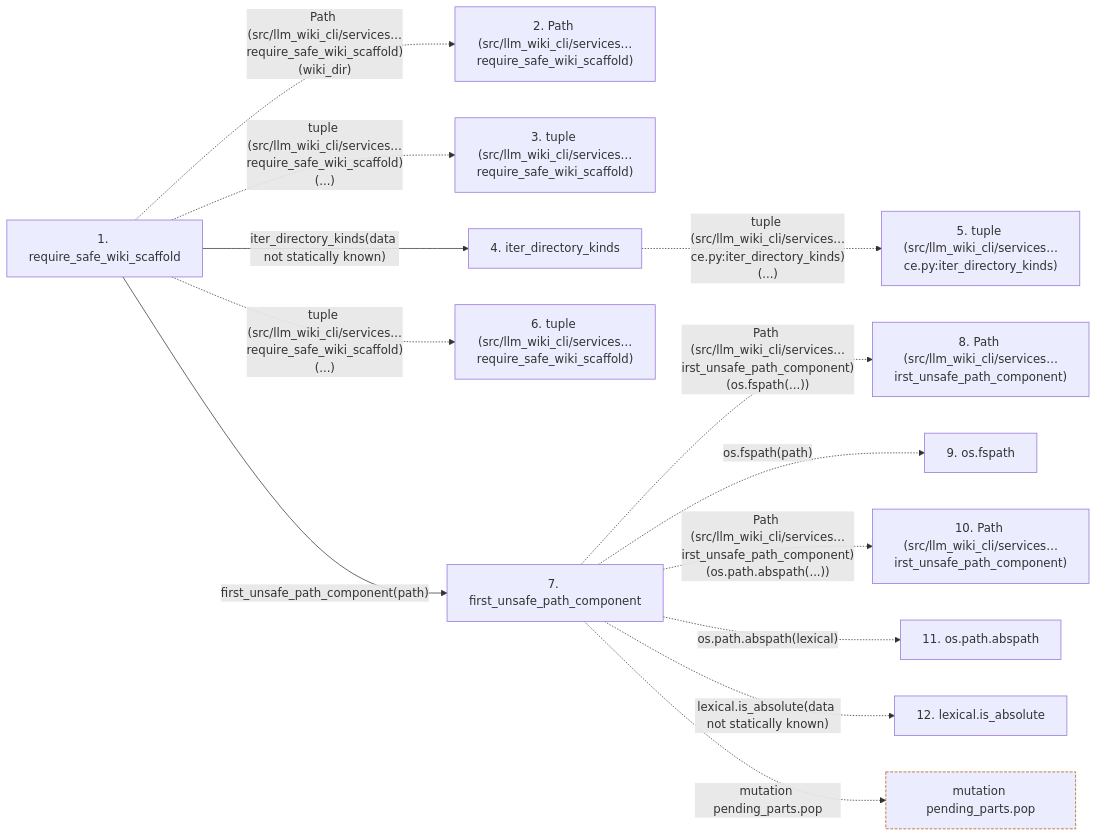
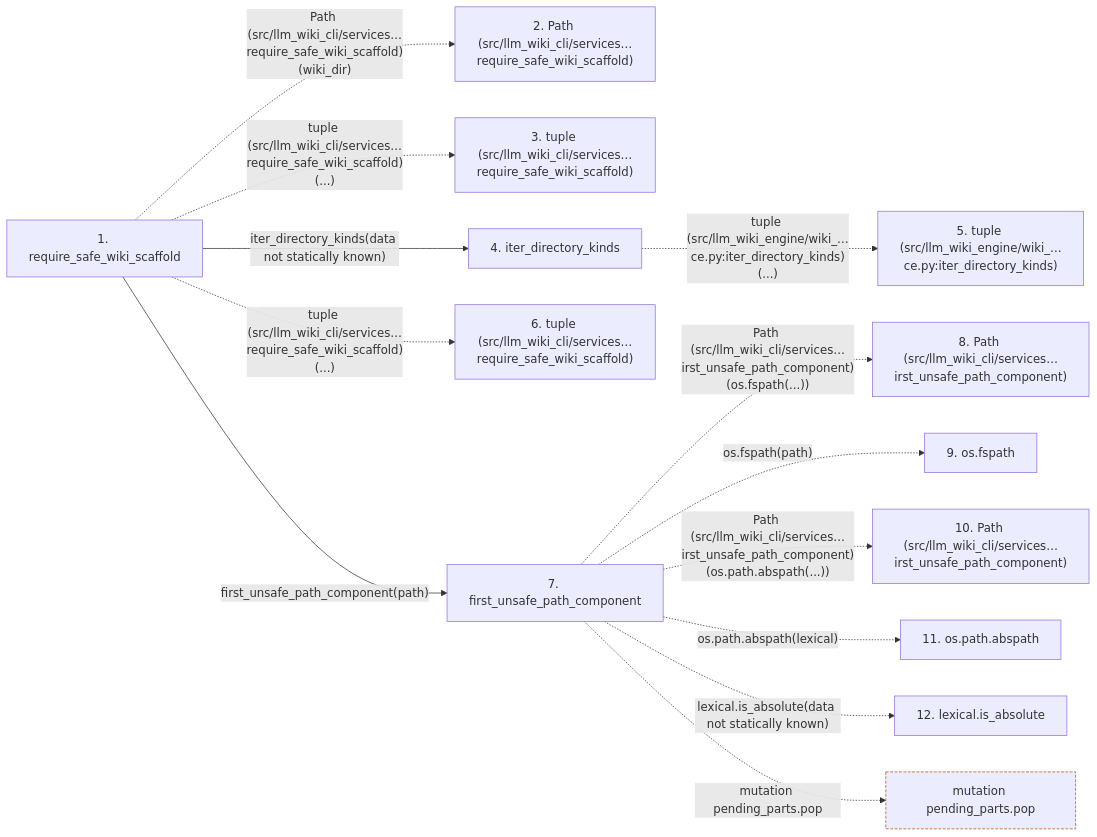
One commit to Denissvgn/python-wiki-llm changed the second of 2 diagrams in docs/llm_wiki/flows/api-require_safe_wiki_scaffold.md. Above: the diagram before and after it, drawn with Mermaid. The commit also changed other lines of this file and 1103 other files, not shown here.

First line of the commit message:
docs: refresh the wiki for the llm-wiki-engine distribution

````diff
--- a/docs/llm_wiki/flows/api-require_safe_wiki_scaffold.md
+++ b/docs/llm_wiki/flows/api-require_safe_wiki_scaffold.md
@@ -115,33 +115,33 @@
 ```mermaid
 flowchart LR
     s1["1. require_safe_wiki_scaffold"]
     s2["2. Path (src/llm_wiki_cli/services…require_safe_wiki_scaffold)"]
     s3["3. tuple (src/llm_wiki_cli/services…require_safe_wiki_scaffold)"]
     s4["4. iter_directory_kinds"]
-    s5["5. tuple (src/llm_wiki_cli/services…ce.py:iter_directory_kinds)"]
+    s5["5. tuple (src/llm_wiki_engine/wiki_…ce.py:iter_directory_kinds)"]
     s6["6. tuple (src/llm_wiki_cli/services…require_safe_wiki_scaffold)"]
     s7["7. first_unsafe_path_component"]
     s8["8. Path (src/llm_wiki_cli/services…irst_unsafe_path_component)"]
     s9["9. os.fspath"]
     s10["10. Path (src/llm_wiki_cli/services…irst_unsafe_path_component)"]
     s11["11. os.path.abspath"]
     s12["12. lexical.is_absolute"]
     s1 -. "Path (src/llm_wiki_cli/services…require_safe_wiki_scaffold)(wiki_dir)" .-> s2
     s1 -. "tuple (src/llm_wiki_cli/services…require_safe_wiki_scaffold)(...)" .-> s3
     s1 -->|"iter_directory_kinds(data not statically known)"| s4
-    s4 -. "tuple (src/llm_wiki_cli/services…ce.py:iter_directory_kinds)(...)" .-> s5
+    s4 -. "tuple (src/llm_wiki_engine/wiki_…ce.py:iter_directory_kinds)(...)" .-> s5
     s1 -. "tuple (src/llm_wiki_cli/services…require_safe_wiki_scaffold)(...)" .-> s6
     s1 -->|"first_unsafe_path_component(path)"| s7
     s7 -. "Path (src/llm_wiki_cli/services…irst_unsafe_path_component)(os.fspath(...))" .-> s8
     s7 -. "os.fspath(path)" .-> s9
     s7 -. "Path (src/llm_wiki_cli/services…irst_unsafe_path_component)(os.path.abspath(...))" .-> s10
     s7 -. "os.path.abspath(lexical)" .-> s11
     s7 -. "lexical.is_absolute(data not statically known)" .-> s12
     b0["mutation pending_parts.pop"]
     s7 -. "mutation pending_parts.pop" .-> b0
     click s1 "../modules/wiki_lifecycle.md"
     click s4 "../modules/wiki_surface.md"
     click s7 "../modules/io.md"
     classDef boundary stroke:#b45309,stroke-dasharray: 4 2
     class b0 boundary
 ```
````
